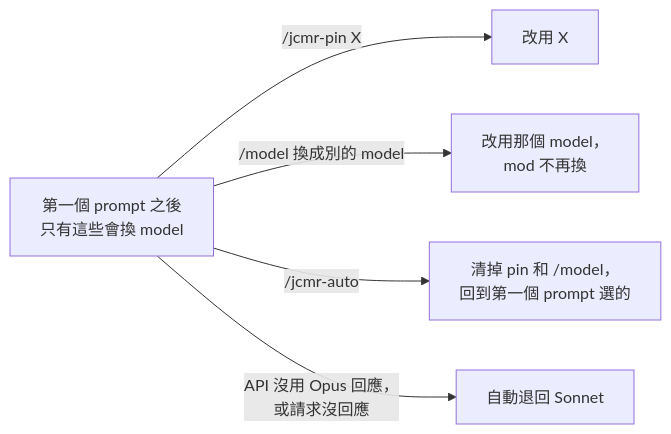
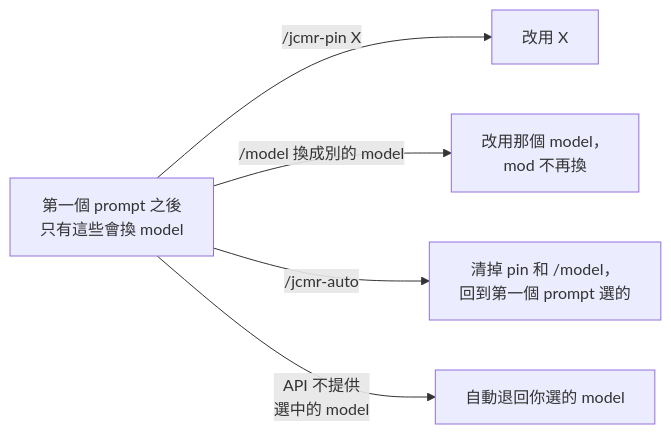
The second of 3 diagrams in README.zh-TW.md (KevinYu1580/jcGearbox), drawn with Mermaid before and after one commit. The commit also changed other lines of this file and 2 other files, not shown here.

First line of the commit message:
docs(readme): 新增解決問題說明，流程圖不寫死 model 名稱

````diff
--- a/README.zh-TW.md
+++ b/README.zh-TW.md
@@ -55,8 +59,8 @@
 ```mermaid
 flowchart LR
     C["第一個 prompt 之後<br/>只有這些會換 model"]
     C -->|"/jcmr-pin X"| X["改用 X"]
     C -->|"/model 換成別的 model"| U["改用那個 model，<br/>mod 不再換"]
     C -->|"/jcmr-auto"| A["清掉 pin 和 /model，<br/>回到第一個 prompt 選的"]
-    C -->|"API 沒用 Opus 回應，<br/>或請求沒回應"| S["自動退回 Sonnet"]
+    C -->|"API 不提供<br/>選中的 model"| S["自動退回你選的 model"]
 ```
````
